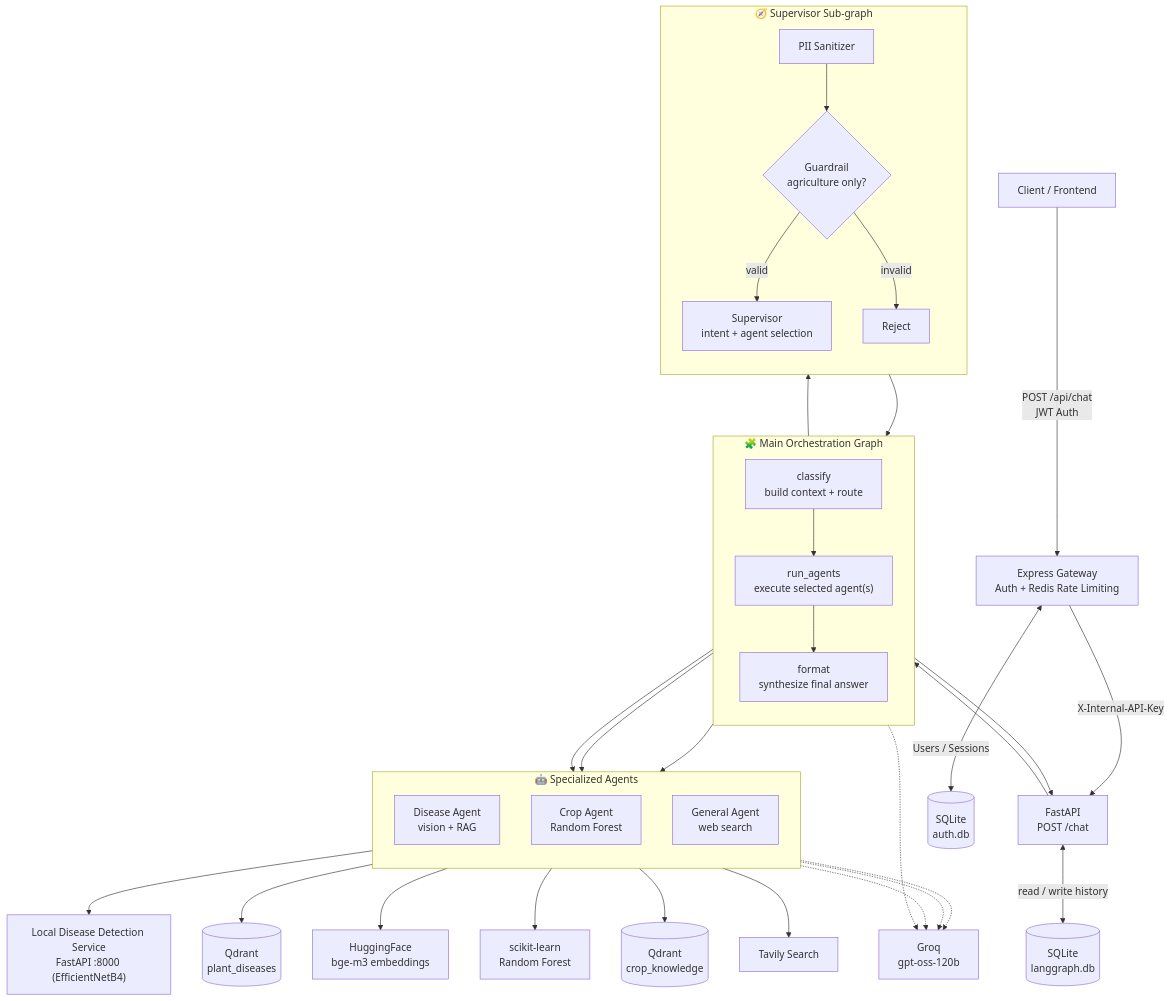
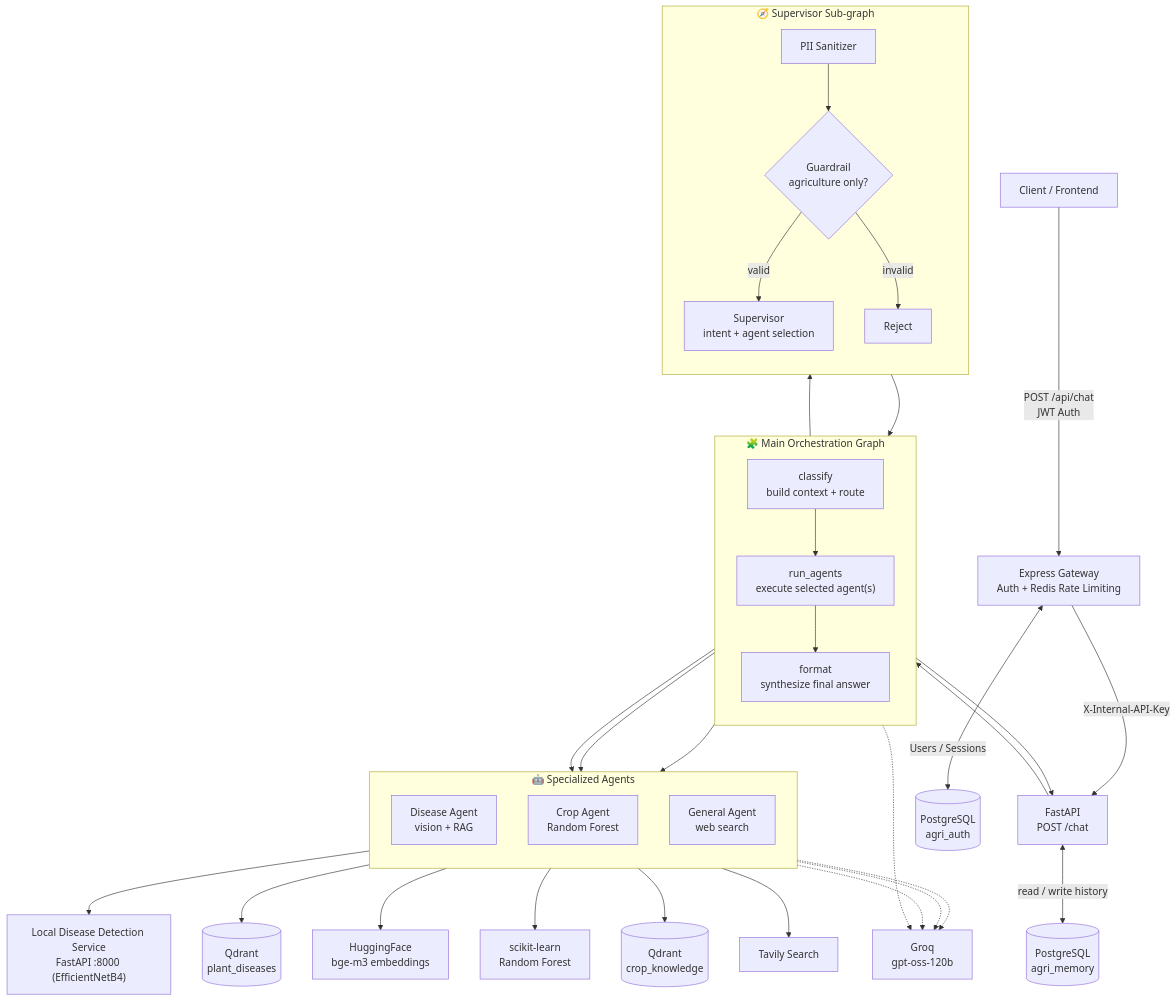
Before and after one commit to mithun24112005/agri_agent_backend: the first of 2 diagrams in agent_backend/README.md, drawn with Mermaid. The commit also changed other lines of this file and 33 other files, not shown here.

First line of the commit message:
feat(postgres): complete migration to PostgreSQL, remove SQLite backups, and harden multi-agent runtime

````diff
--- a/agent_backend/README.md
+++ b/agent_backend/README.md
@@ -65,51 +65,51 @@
 ```mermaid
 flowchart TD
     Client["Client / Frontend"] -->|"POST /api/chat<br/>JWT Auth"| Gateway["Express Gateway<br/>Auth + Redis Rate Limiting"]
 
     Gateway -->|"X-Internal-API-Key"| API["FastAPI<br/>POST /chat"]
 
     subgraph MAIN["🧩 Main Orchestration Graph"]
         direction TB
         Classify["classify<br/>build context + route"] --> Run["run_agents<br/>execute selected agent(s)"]
         Run --> Format["format<br/>synthesize final answer"]
     end
 
     API --> Classify
 
     subgraph SUP["🧭 Supervisor Sub-graph"]
         direction TB
         PII["PII Sanitizer"] --> Guard{"Guardrail<br/>agriculture only?"}
         Guard -->|valid| Route["Supervisor<br/>intent + agent selection"]
         Guard -->|invalid| Reject["Reject"]
     end
 
     Classify --> PII
     Route --> Run
 
     subgraph AGENTS["🤖 Specialized Agents"]
         direction TB
         Disease["Disease Agent<br/>vision + RAG"]
         Crop["Crop Agent<br/>Random Forest"]
         General["General Agent<br/>web search"]
     end
 
     Run --> Disease
     Run --> Crop
     Run --> General
 
     Disease --> DAPI["Local Disease Detection Service<br/>FastAPI :8000 (EfficientNetB4)"]
     Disease --> QD[("Qdrant<br/>plant_diseases")]
     Disease --> HF["HuggingFace<br/>bge-m3 embeddings"]
     Crop --> RF["scikit-learn<br/>Random Forest"]
     Crop --> QC[("Qdrant<br/>crop_knowledge")]
     General --> TAV["Tavily Search"]
 
     Disease -.-> LLM["Groq<br/>gpt-oss-120b"]
     Crop -.-> LLM
     General -.-> LLM
     Format -.-> LLM
 
     Format --> API
-    API <-->|"read / write history"| DB[("SQLite<br/>langgraph.db")]
-    Gateway <-->|"Users / Sessions"| AuthDB[("SQLite<br/>auth.db")]
+    API <-->|"read / write history"| DB[("PostgreSQL<br/>agri_memory")]
+    Gateway <-->|"Users / Sessions"| AuthDB[("PostgreSQL<br/>agri_auth")]
 ```
````
